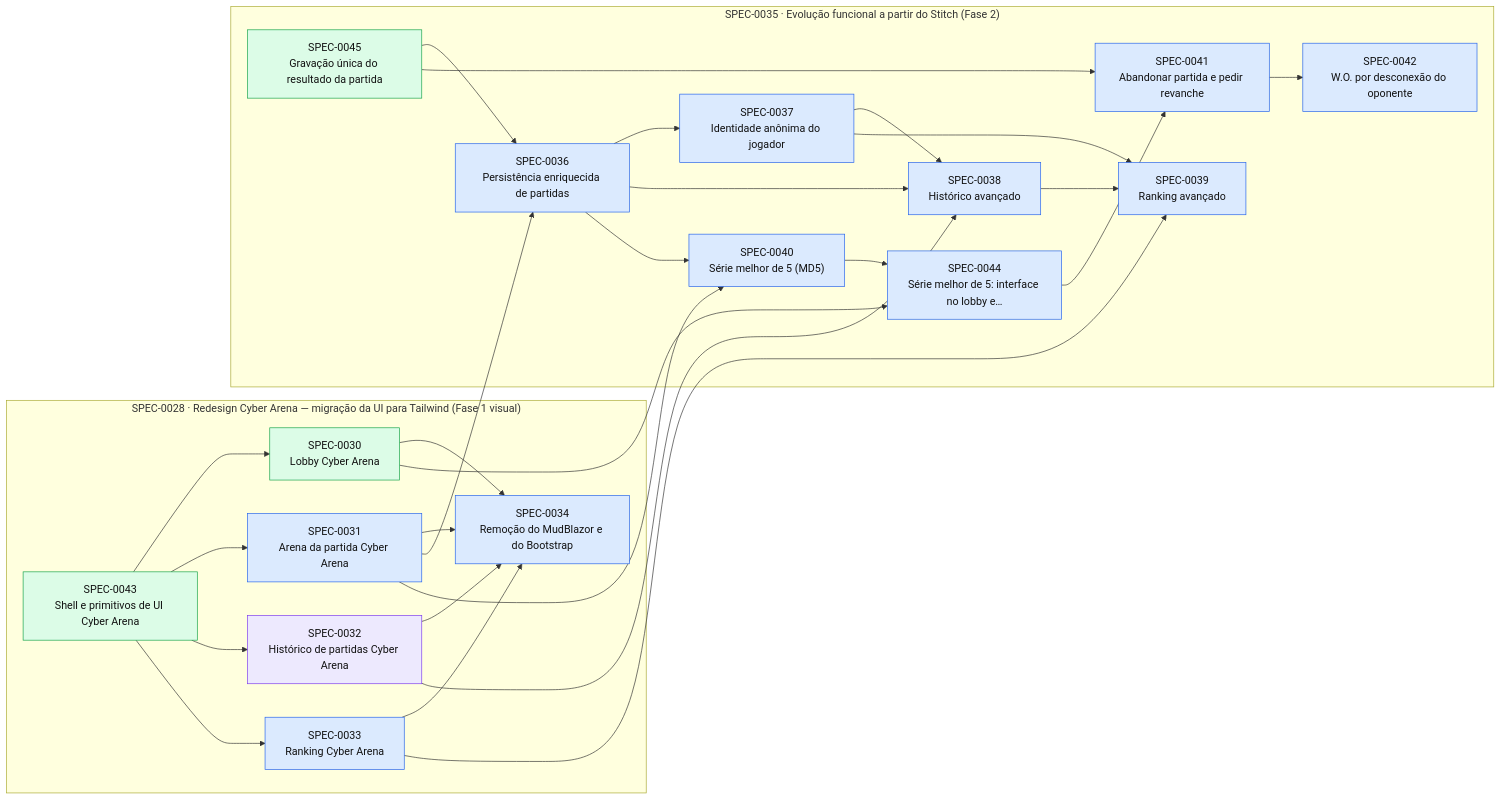
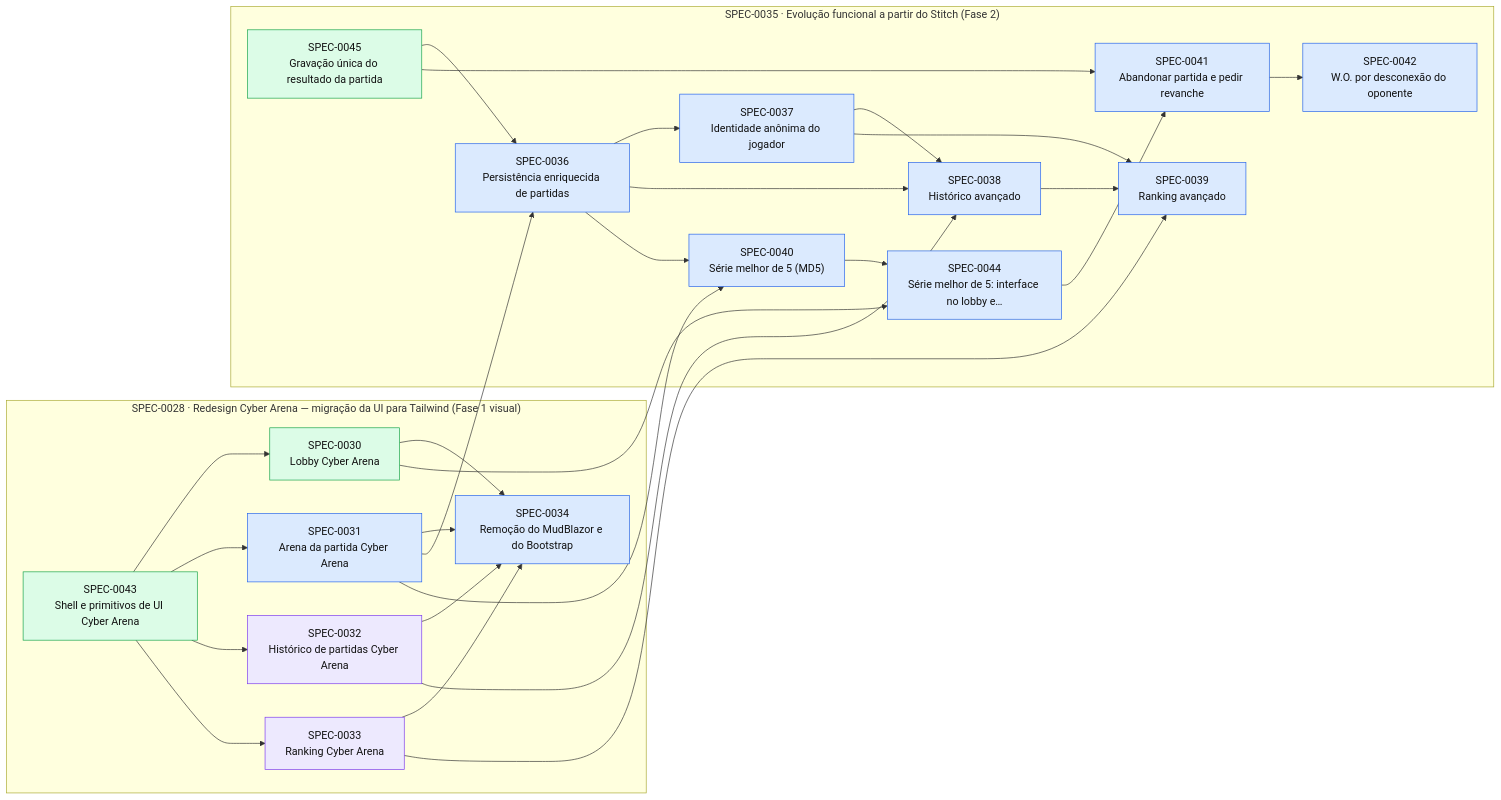
One commit to thomasravache/jogo-da-velha-multiplayer changed the diagram in docs/specs/INDEX.md. Above: the diagram before and after it, drawn with Mermaid. The commit also changed other lines of this file and 1 other file, not shown here.

First line of the commit message:
docs(specs): registrar gates G1-G4 da SPEC-0033

````diff
--- a/docs/specs/INDEX.md
+++ b/docs/specs/INDEX.md
@@ -47,51 +47,51 @@
 ```mermaid
 flowchart LR
   subgraph E0028["SPEC-0028 · Redesign Cyber Arena — migração da UI para Tailwind (Fase 1 visual)"]
     S0030["SPEC-0030<br/>Lobby Cyber Arena"]:::implemented
     S0031["SPEC-0031<br/>Arena da partida Cyber Arena"]:::approved
     S0032["SPEC-0032<br/>Histórico de partidas Cyber Arena"]:::inprogress
-    S0033["SPEC-0033<br/>Ranking Cyber Arena"]:::approved
+    S0033["SPEC-0033<br/>Ranking Cyber Arena"]:::inprogress
     S0034["SPEC-0034<br/>Remoção do MudBlazor e do Bootstrap"]:::approved
     S0043["SPEC-0043<br/>Shell e primitivos de UI Cyber Arena"]:::implemented
   end
   subgraph E0035["SPEC-0035 · Evolução funcional a partir do Stitch (Fase 2)"]
     S0036["SPEC-0036<br/>Persistência enriquecida de partidas"]:::approved
     S0037["SPEC-0037<br/>Identidade anônima do jogador"]:::approved
     S0038["SPEC-0038<br/>Histórico avançado"]:::approved
     S0039["SPEC-0039<br/>Ranking avançado"]:::approved
     S0040["SPEC-0040<br/>Série melhor de 5 (MD5)"]:::approved
     S0041["SPEC-0041<br/>Abandonar partida e pedir revanche"]:::approved
     S0042["SPEC-0042<br/>W.O. por desconexão do oponente"]:::approved
     S0044["SPEC-0044<br/>Série melhor de 5: interface no lobby e…"]:::approved
     S0045["SPEC-0045<br/>Gravação única do resultado da partida"]:::implemented
   end
   S0043 --> S0030
   S0043 --> S0031
   S0043 --> S0032
   S0043 --> S0033
   S0030 --> S0034
   S0031 --> S0034
   S0032 --> S0034
   S0033 --> S0034
   S0031 --> S0036
   S0045 --> S0036
   S0036 --> S0037
   S0032 --> S0038
   S0036 --> S0038
   S0037 --> S0038
   S0033 --> S0039
   S0037 --> S0039
   S0038 --> S0039
   S0031 --> S0040
   S0036 --> S0040
   S0044 --> S0041
   S0045 --> S0041
   S0041 --> S0042
   S0030 --> S0044
   S0040 --> S0044
   classDef proposed fill:#fef3c7,stroke:#d97706,color:#111
   classDef approved fill:#dbeafe,stroke:#2563eb,color:#111
   classDef inprogress fill:#ede9fe,stroke:#7c3aed,color:#111
   classDef implemented fill:#dcfce7,stroke:#16a34a,color:#111
   classDef deprecated fill:#f3f4f6,stroke:#9ca3af,color:#6b7280
 ```
````
